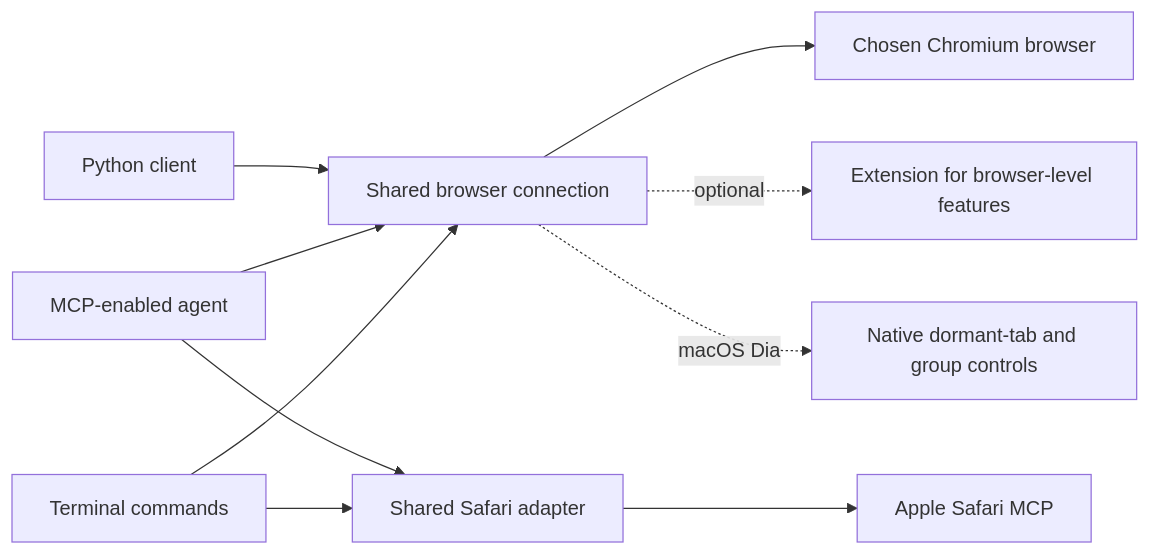
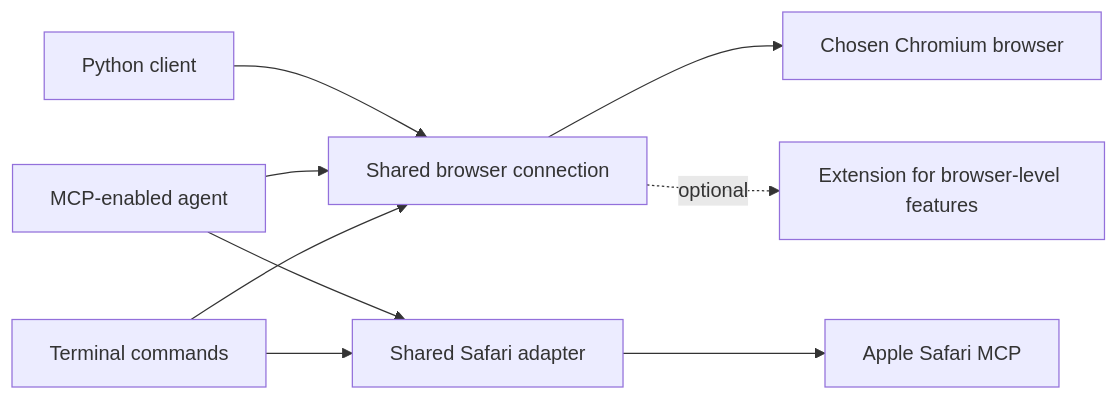
The diagram in README.md (seahyc/browserctrl), drawn with Mermaid before and after one commit. The commit also changed other lines of this file and 8 other files, not shown here.

Commit message:
README: plain-language intro with a real-time side-by-side against Codex's own browser, the round-by-round results chart, honest head-to-head and notes results; per-run results table

````diff
--- a/README.md
+++ b/README.md
@@ -120,12 +156,11 @@
 ```mermaid
 flowchart LR
     CLI[Terminal commands] --> Shared[Shared browser connection]
     MCP[MCP-enabled agent] --> Shared
     Py[Python client] --> Shared
     Shared --> Chromium[Chosen Chromium browser]
     CLI --> SafariPool[Shared Safari adapter]
     MCP --> SafariPool
     SafariPool --> Apple[Apple Safari MCP]
     Shared -. optional .-> Ext[Extension for browser-level features]
-    Shared -. macOS Dia .-> Dia[Native dormant-tab and group controls]
 ```
````
